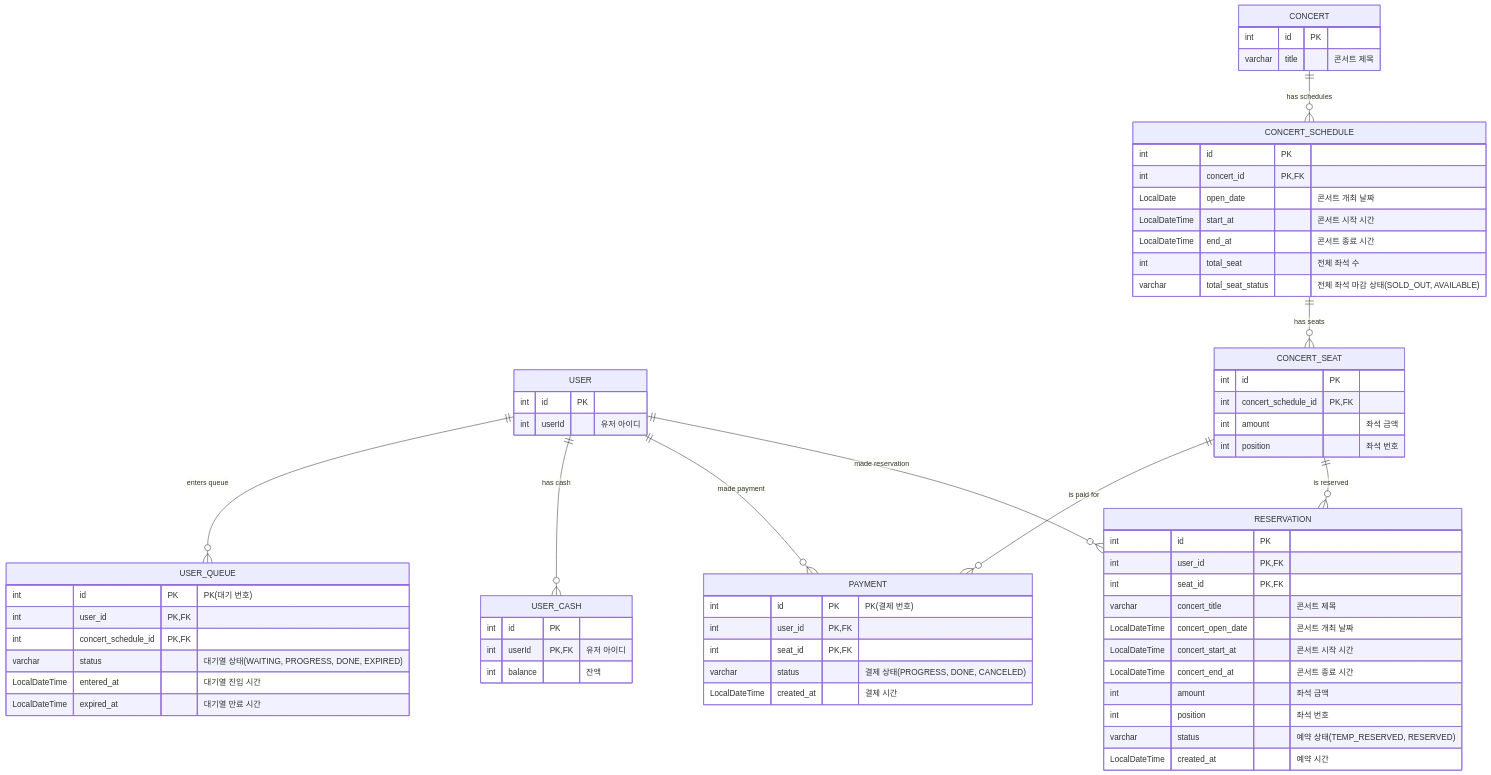
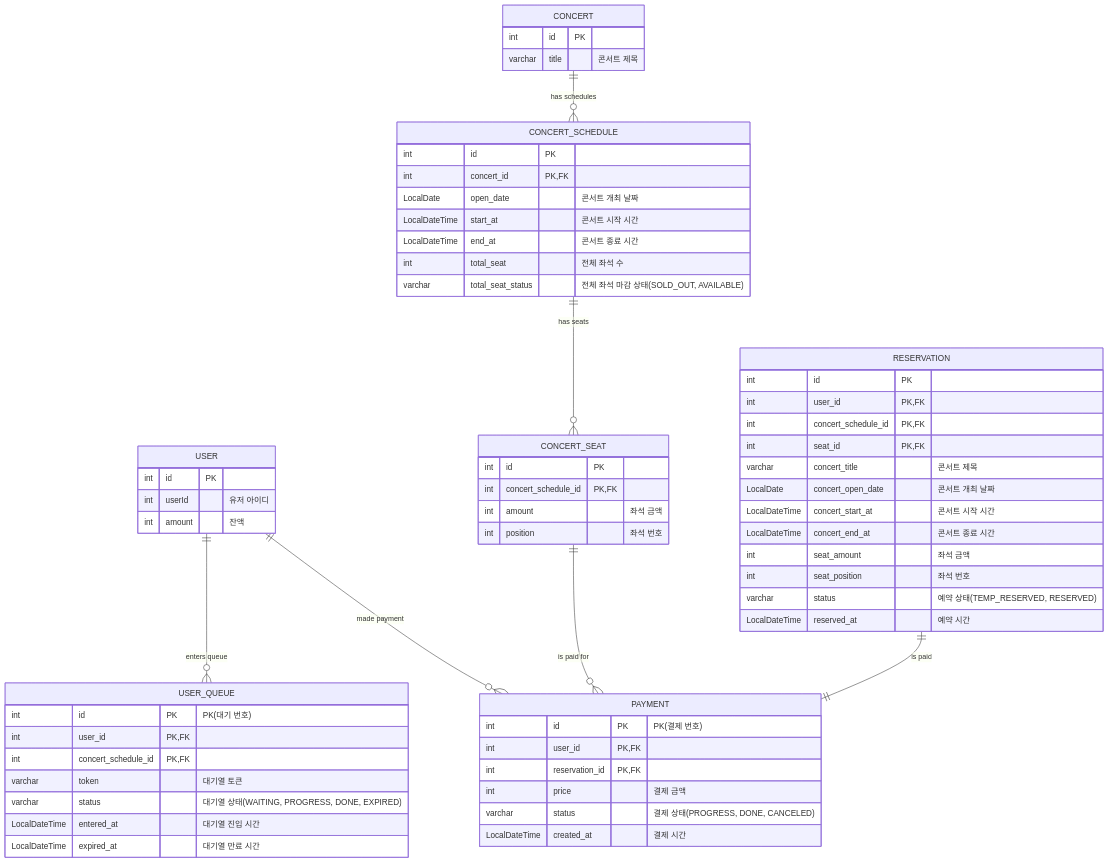
Before and after one commit to jikimee64/hhplus-concert: the diagram in docs/erd.md, drawn with Mermaid. The commit also changed 83 other files, not shown here.

First line of the commit message:
feat: 콘서트 대기열 서비스 API 구현

````diff
--- a/docs/erd.md
+++ b/docs/erd.md
@@ -4,75 +4,71 @@
 ```mermaid
 erDiagram
-    USER_CASH {
-        int id PK
-        int userId PK,FK "유저 아이디"
-        int balance "잔액"
-    }
-
     USER {
         int id PK
         int userId "유저 아이디"
+        int amount "잔액"
     }
 
     USER_QUEUE {
         int id PK "PK(대기 번호)"
         int user_id PK, FK
         int concert_schedule_id PK, FK
+        varchar token "대기열 토큰"
         varchar status "대기열 상태(WAITING, PROGRESS, DONE, EXPIRED)"
         LocalDateTime entered_at "대기열 진입 시간"
         LocalDateTime expired_at "대기열 만료 시간"
     }
 
     PAYMENT {
         int id PK "PK(결제 번호)"
         int user_id PK, FK
-        int seat_id PK, FK
+        int reservation_id PK, FK
+        int price "결제 금액"
         varchar status "결제 상태(PROGRESS, DONE, CANCELED)"
         LocalDateTime created_at "결제 시간"
     }
 
     CONCERT {
         int id PK
         varchar title "콘서트 제목"
     }
 
     CONCERT_SCHEDULE {
         int id PK
         int concert_id PK, FK
         LocalDate open_date "콘서트 개최 날짜"
         LocalDateTime start_at "콘서트 시작 시간"
         LocalDateTime end_at "콘서트 종료 시간"
         int total_seat "전체 좌석 수"
         varchar total_seat_status "전체 좌석 마감 상태(SOLD_OUT, AVAILABLE)"
     }
 
     CONCERT_SEAT {
         int id PK
         int concert_schedule_id PK, FK
         int amount "좌석 금액"
         int position "좌석 번호"
     }
 
     RESERVATION {
         int id PK
         int user_id PK, FK
+        int concert_schedule_id PK, FK
         int seat_id PK, FK
         varchar concert_title "콘서트 제목"
-        LocalDateTime concert_open_date "콘서트 개최 날짜"
+        LocalDate concert_open_date "콘서트 개최 날짜"
         LocalDateTime concert_start_at "콘서트 시작 시간"
         LocalDateTime concert_end_at "콘서트 종료 시간"
-        int amount "좌석 금액"
-        int position "좌석 번호"
+        int seat_amount "좌석 금액"
+        int seat_position "좌석 번호"
         varchar status "예약 상태(TEMP_RESERVED, RESERVED)"
-        LocalDateTime created_at "예약 시간"
+        LocalDateTime reserved_at "예약 시간"
     }
 
     CONCERT ||--o{ CONCERT_SCHEDULE: "has schedules"
     CONCERT_SCHEDULE ||--o{ CONCERT_SEAT: "has seats"
     USER ||--o{ USER_QUEUE: "enters queue"
-    USER ||--o{ USER_CASH: "has cash"
     USER ||--o{ PAYMENT: "made payment"
     CONCERT_SEAT ||--o{ PAYMENT: "is paid for"
-    USER ||--o{ RESERVATION: "made reservation"
-    CONCERT_SEAT ||--o{ RESERVATION: "is reserved"
+    RESERVATION ||--|| PAYMENT: "is paid"
 ```
````
